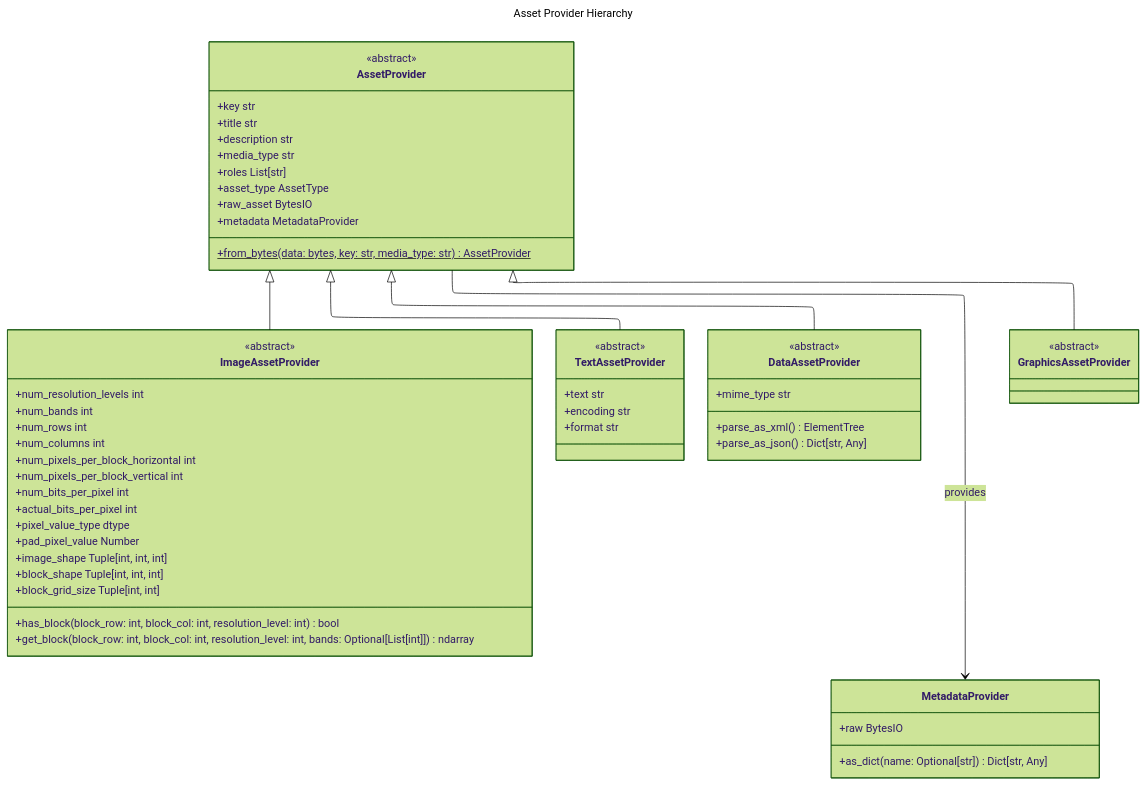
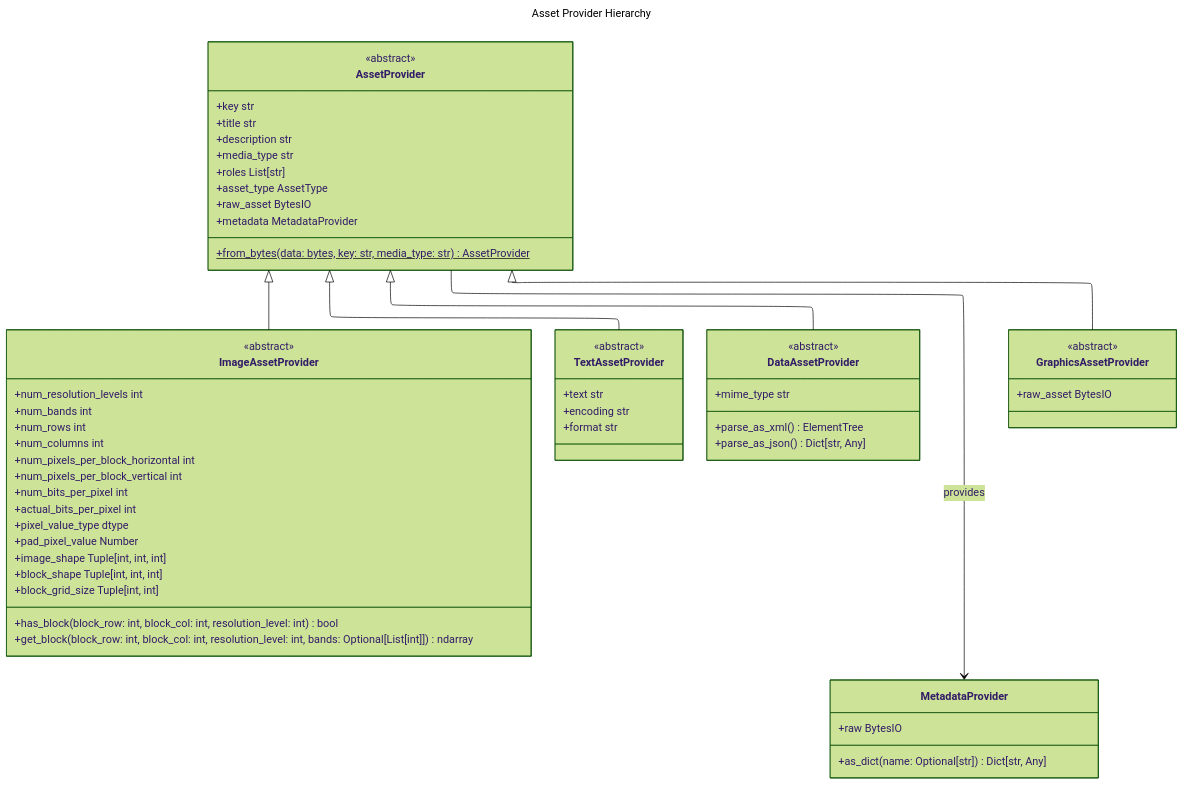
Before and after one commit to awslabs/osml-imagery-io: the second of 9 diagrams in docs/API_DESIGN.md, drawn with Mermaid (forest theme). The commit also changed other lines of this file and 10 other files, not shown here.

Commit message:
feat: jbp graphic segments

````diff
--- a/docs/API_DESIGN.md
+++ b/docs/API_DESIGN.md
@@ -61,70 +61,71 @@
 ```mermaid
 ---
 config:
   layout: elk
 title: Asset Provider Hierarchy
 ---
 classDiagram
 direction TB
     class AssetProvider {
         <<abstract>>
         +key str
         +title str
         +description str
         +media_type str
         +roles List[str]
         +asset_type AssetType
         +raw_asset BytesIO
         +metadata MetadataProvider
         +from_bytes(data: bytes, key: str, media_type: str)$ AssetProvider
     }
 
     class MetadataProvider {
         +raw BytesIO
 	    +as_dict(name: Optional[str]) Dict[str, Any]
     }
 
     class ImageAssetProvider {
         <<abstract>>
         +has_block(block_row: int, block_col: int, resolution_level: int) bool
         +get_block(block_row: int, block_col: int, resolution_level: int, bands: Optional[List[int]]) ndarray
         +num_resolution_levels int
         +num_bands int
         +num_rows int
         +num_columns int
         +num_pixels_per_block_horizontal int
         +num_pixels_per_block_vertical int
         +num_bits_per_pixel int
         +actual_bits_per_pixel int
         +pixel_value_type dtype
         +pad_pixel_value Number
         +image_shape Tuple[int, int, int]
         +block_shape Tuple[int, int, int]
         +block_grid_size Tuple[int, int]
     }
 
     class TextAssetProvider {
         <<abstract>>
         +text str
         +encoding str
         +format str
     }
 
     class DataAssetProvider {
         <<abstract>>
         +mime_type str
         +parse_as_xml() ElementTree
         +parse_as_json() Dict[str, Any]
     }
 
     class GraphicsAssetProvider {
         <<abstract>>
+        +raw_asset BytesIO
     }
 
     AssetProvider <|-- ImageAssetProvider
     AssetProvider <|-- TextAssetProvider
     AssetProvider <|-- GraphicsAssetProvider
     AssetProvider <|-- DataAssetProvider
     AssetProvider --> MetadataProvider : provides
 
 ```
````
